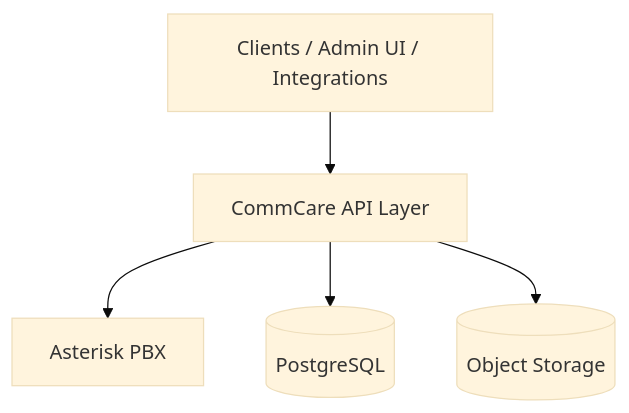
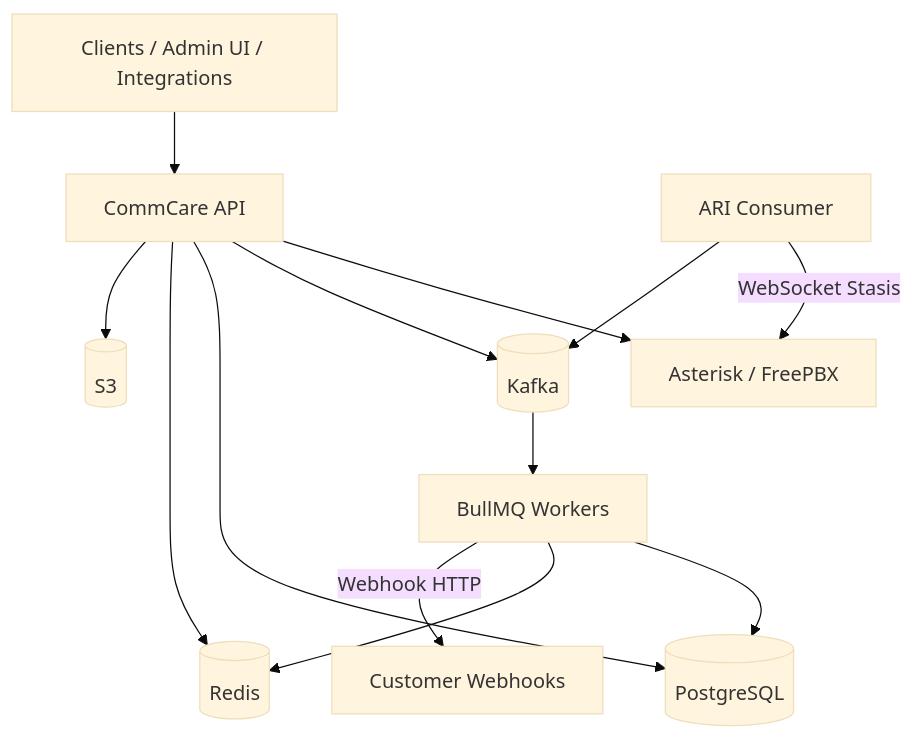
The diagram in README.md (Kapilrohilla/CommCare), drawn with Mermaid (base theme) before and after one commit. The commit also changed other lines of this file and 27 other files, not shown here.

````diff
--- a/README.md
+++ b/README.md
@@ -9,13 +9,25 @@
 ```mermaid
 flowchart TB
     Clients[Clients / Admin UI / Integrations]
-    CommCare[CommCare API Layer]
-    Asterisk[Asterisk PBX]
+    API[CommCare API]
+    ARIConsumer[ARI Consumer]
+    Workers[BullMQ Workers]
+    Asterisk[Asterisk / FreePBX]
     PG[(PostgreSQL)]
-    S3[(Object Storage)]
+    Redis[(Redis)]
+    Kafka[(Kafka)]
+    S3[(S3)]
 
-    Clients --> CommCare
-    CommCare --> Asterisk
-    CommCare --> PG
-    CommCare --> S3
+    Clients --> API
+    API --> Asterisk
+    ARIConsumer -->|WebSocket Stasis| Asterisk
+    ARIConsumer --> Kafka
+    API --> Kafka
+    Kafka --> Workers
+    Workers --> PG
+    API --> PG
+    API --> Redis
+    Workers --> Redis
+    API --> S3
+    Workers -->|Webhook HTTP| Integrations[Customer Webhooks]
 ```
````
